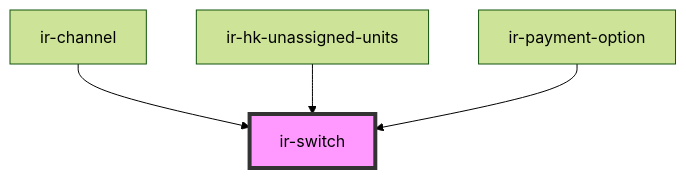
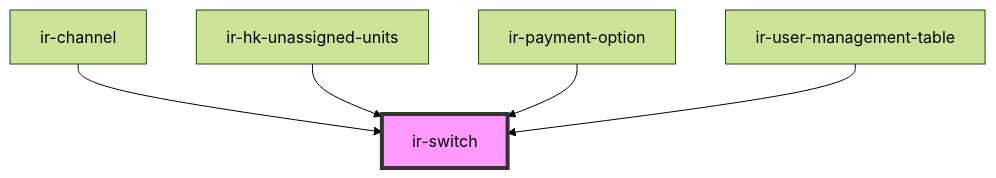
The diagram in src/components/ui/ir-switch/readme.md (David1Chowaifaty/modified-ir-webcmp), drawn with Mermaid (forest theme) before and after one commit. The commit also changed other lines of this file and 46 other files, not shown here.

````diff
--- a/src/components/ui/ir-switch/readme.md
+++ b/src/components/ui/ir-switch/readme.md
@@ -33,7 +34,8 @@
 ```mermaid
 graph TD;
   ir-channel --> ir-switch
   ir-hk-unassigned-units --> ir-switch
   ir-payment-option --> ir-switch
+  ir-user-management-table --> ir-switch
   style ir-switch fill:#f9f,stroke:#333,stroke-width:4px
 ```
````
